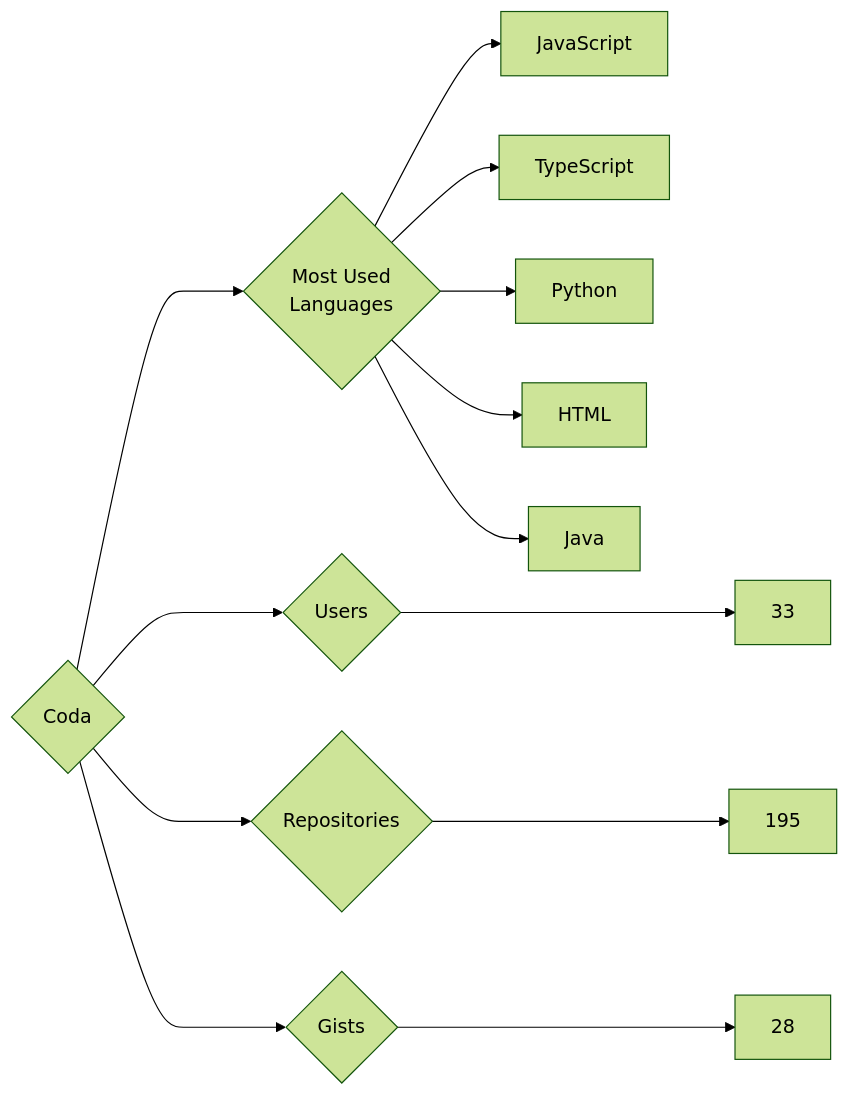
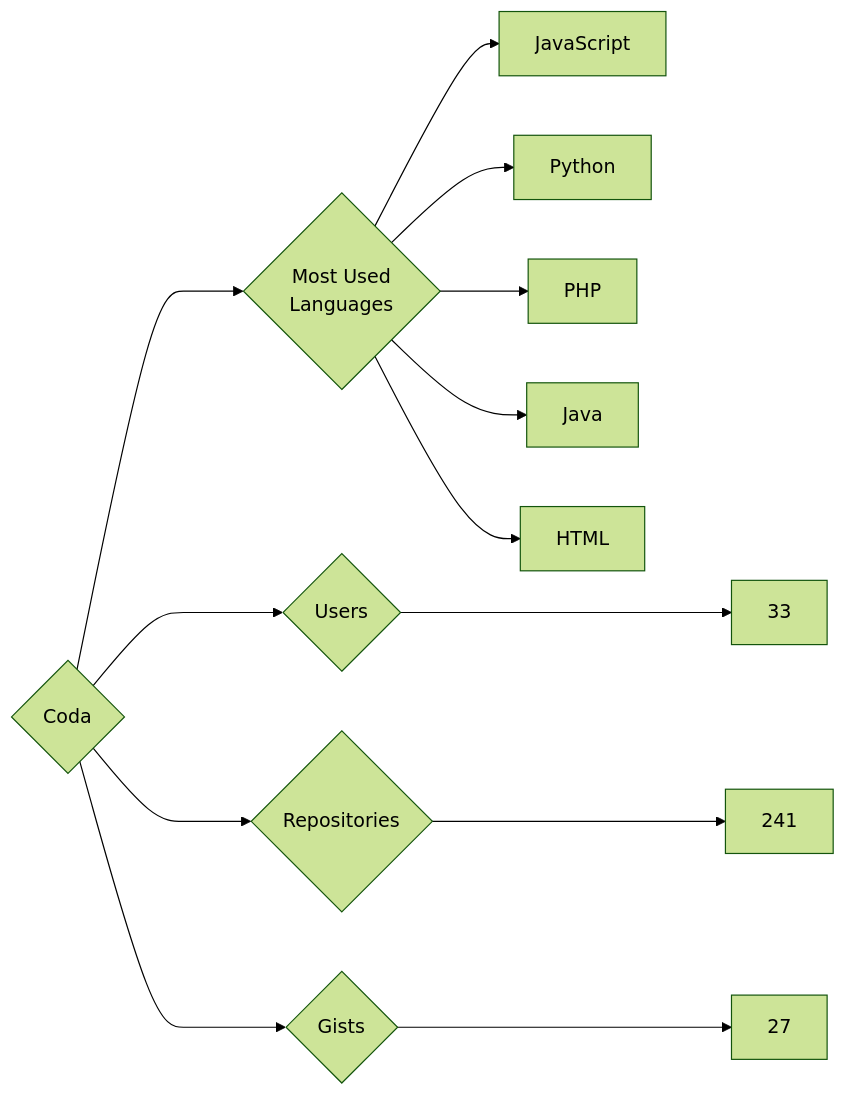
Before and after one commit to trickest/insiders: the diagram in targets/Coda/README.md, drawn with Mermaid (forest theme). The commit also changed 682 other files, not shown here.

````diff
--- a/targets/Coda/README.md
+++ b/targets/Coda/README.md
@@ -3,13 +3,13 @@
 ```mermaid
 graph LR
 COMPANY_NAME{Coda}
 COMPANY_NAME ---> U{Users} ---> UN[33]
-COMPANY_NAME ---> R{Repositories} ---> RN[195]
-COMPANY_NAME ---> G{Gists} ---> GN[28]
+COMPANY_NAME ---> R{Repositories} ---> RN[241]
+COMPANY_NAME ---> G{Gists} ---> GN[27]
 COMPANY_NAME ---> ML{Most Used<br>Languages}
 ML --> JavaScript[JavaScript]
-ML --> TypeScript[TypeScript]
 ML --> Python[Python]
+ML --> PHP[PHP]
+ML --> Java[Java]
 ML --> HTML[HTML]
-ML --> Java[Java]
 ```
````
